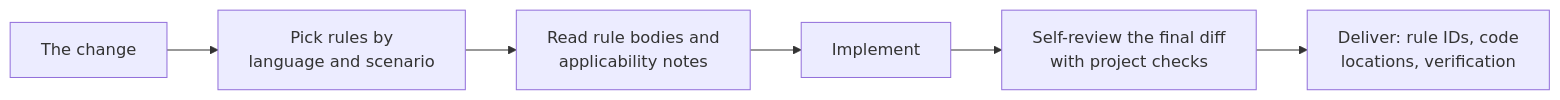
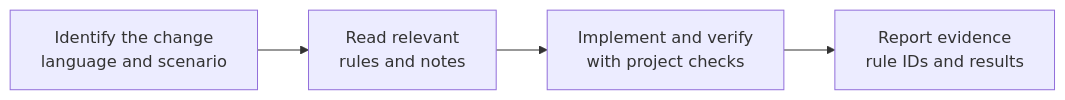
The diagram in README.en.md (yuhengqin/secure-coding-skill), drawn with Mermaid before and after one commit. The commit also changed 1 other file, not shown here.

Commit message:
docs: fit workflow diagram to GitHub README

````diff
--- a/README.en.md
+++ b/README.en.md
@@ -25,8 +25,6 @@
 ```mermaid
 flowchart LR
-    A["The change"] --> B["Pick rules by<br/>language and scenario"]
-    B --> C["Read rule bodies and<br/>applicability notes"]
-    C --> D["Implement"]
-    D --> E["Self-review the final diff<br/>with project checks"]
-    E --> F["Deliver: rule IDs, code<br/>locations, verification"]
+    A["Identify the change<br/>language and scenario"] --> B["Read relevant<br/>rules and notes"]
+    B --> C["Implement and verify<br/>with project checks"]
+    C --> D["Report evidence<br/>rule IDs and results"]
 ```
````
